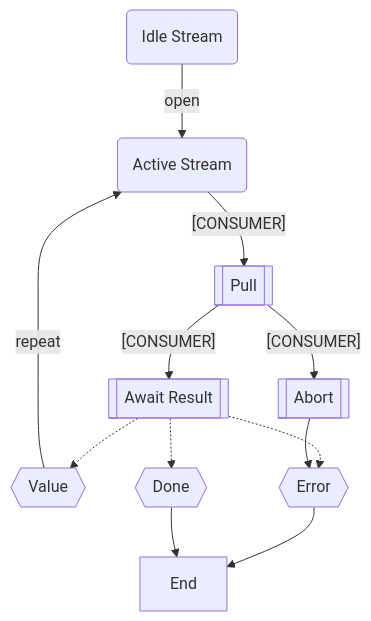
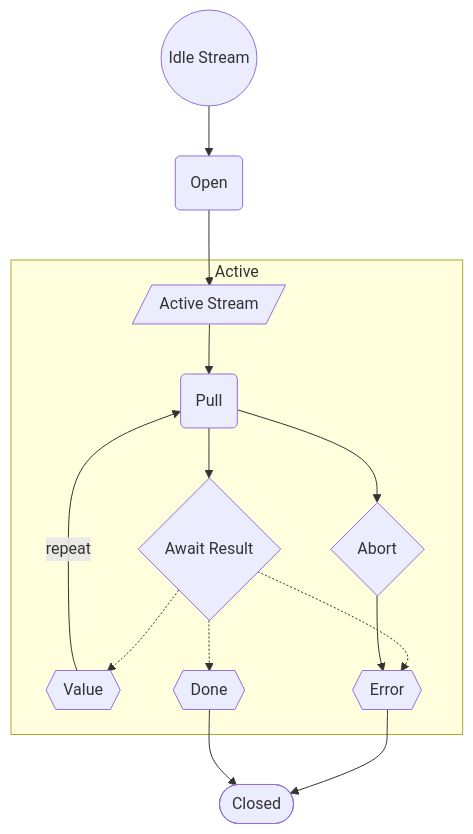
The sixth of 6 diagrams in docs/media/MANIFEST.md (xstd-js/flow), drawn with Mermaid before and after one commit. The commit also changed other lines of this file and 44 other files, not shown here.

````diff
--- a/docs/media/MANIFEST.md
+++ b/docs/media/MANIFEST.md
@@ -175,14 +176,17 @@
 ```mermaid
 flowchart TD
-  IdleStream(Idle Stream) -- open --> ActiveStream(Active Stream)
-  ActiveStream -- [CONSUMER] --> Pull[[Pull]]
-  Pull -- [CONSUMER] --> AwaitResult[[Await Result]]
-  Pull -- [CONSUMER] --> Abort[[Abort]]
-  AwaitResult -.-> Value{{Value}}
-    AwaitResult -.-> Error{{Error}}
-    AwaitResult -.-> Done{{Done}}
-  Value -- repeat --> ActiveStream
-  Abort --> Error
-  Error --> End
-  Done --> End
+  IdleStream((Idle Stream)) --> Open(Open)
+  Open --> ActiveStream[/Active Stream/]
+  subgraph Active
+    ActiveStream --> Pull(Pull)
+    Pull --> AwaitResult{Await Result}
+    Pull --> Abort{Abort}
+    AwaitResult -.-> Value{{Value}}
+      AwaitResult -.-> Error{{Error}}
+      AwaitResult -.-> Done{{Done}}
+    Value -- repeat --> Pull
+    Abort --> Error
+  end
+  Error --> Closed([Closed])
+  Done --> Closed
 ```
````
